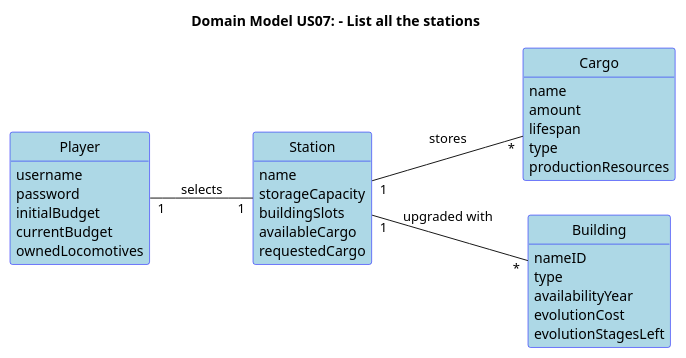
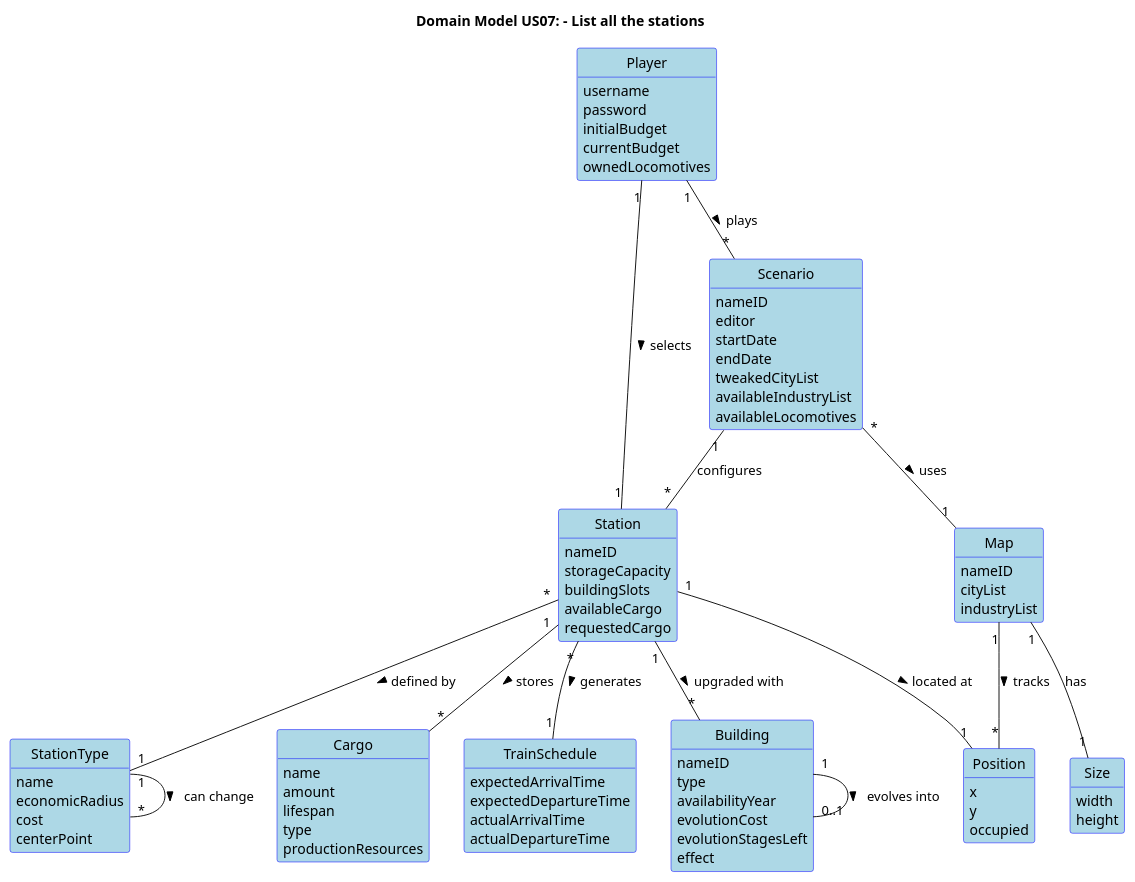
The diagram in docs/system-documentation/Sprint 2/US07/02.analysis/puml/US007-DM.puml (HenriqueSilva18/Railway-Network-Simulator), drawn with PlantUML before and after one commit. The commit also changed 22 other files, not shown here.

```diff
--- a/docs/system-documentation/Sprint 2/US07/02.analysis/puml/US007-DM.puml
+++ b/docs/system-documentation/Sprint 2/US07/02.analysis/puml/US007-DM.puml
@@ -1,56 +1,105 @@
 @startuml
 
 skinparam packageStyle rectangle
  skinparam shadowing false
  skinparam classAttributeIconSize 0
  skinparam class {
    BackgroundColor LightBlue
    BorderColor Blue
  }
-
- left to right direction
 
  skinparam classAttributeIconSize 0
 
  hide circle
  hide methods
 
 title Domain Model US07: - List all the stations
 
 class Player {
     username
     password
     initialBudget
     currentBudget
     ownedLocomotives
   }
 
+class Map {
+  nameID
+  cityList
+  industryList
+}
+
+class Size {
+  width
+  height
+}
+
 class Station {
-    name
+    nameID
     storageCapacity
     buildingSlots
     availableCargo
     requestedCargo
   }
+
+class StationType {
+  name
+  economicRadius
+  cost
+  centerPoint
+}
 
 class Cargo {
    name
    amount
    lifespan
    type
    productionResources
   }
 
+  class TrainSchedule {
+    expectedArrivalTime
+    expectedDepartureTime
+    actualArrivalTime
+    actualDepartureTime
+  }
+
 class Building {
     nameID
     type
     availabilityYear
     evolutionCost
     evolutionStagesLeft
+    effect
+  }
+
+  class Scenario {
+    nameID
+    editor
+    startDate
+    endDate
+    tweakedCityList
+    availableIndustryList
+    availableLocomotives
+  }
+  class Position {
+    x
+    y
+    occupied
   }
 
 
-Player "1" -- "1" Station : selects
-Station "1" -- "*" Cargo : stores
-Station "1" -- "*" Building : upgraded with
+Player "1" -- "1" Station : selects >
+Station "1" -- "*" Cargo : stores >
+Station "1" -- "*" Building : upgraded with >
+Building "1" -- "0..1" Building : evolves into >
+Station "*" -- "1" TrainSchedule: generates >
+Station "*" -- "1" StationType : defined by >
+StationType "1" -- "*" StationType : can change >
+Map "1" -- "1" Size: has
+Scenario "*" -- "1" Map : uses >
+Player "1" -- "*" Scenario : plays >
+Scenario "1" -- "*" Station : configures
+Station "1" -- "1" Position : located at >
+Map "1" -- "*" Position : tracks >
 @enduml
```
